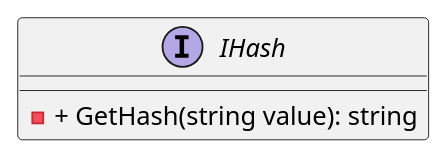
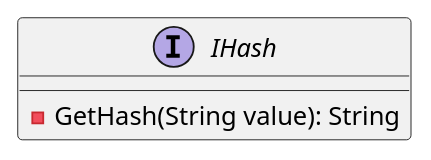
One commit to mwwhited-forks/dotnet-libs changed the first of 2 diagrams in docs/generated/Framework/Eliassen.System.Abstractions/Security/Cryptography/Documentation.md. Above: the diagram before and after it, drawn with PlantUML. The commit also changed other lines of this file and 444 other files, not shown here.

````diff
--- a/docs/generated/Framework/Eliassen.System.Abstractions/Security/Cryptography/Documentation.md
+++ b/docs/generated/Framework/Eliassen.System.Abstractions/Security/Cryptography/Documentation.md
@@ -18,5 +30,7 @@
+```plantuml
 @startuml
 interface IHash {
-  -+ GetHash(string value): string
+    - GetHash(String value): String
 }
 @enduml
+```
````
